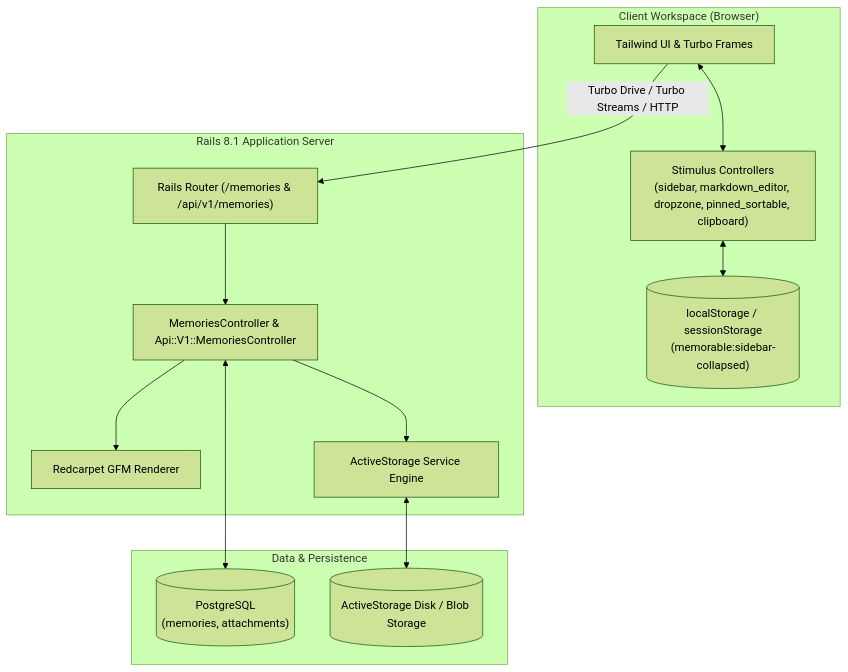
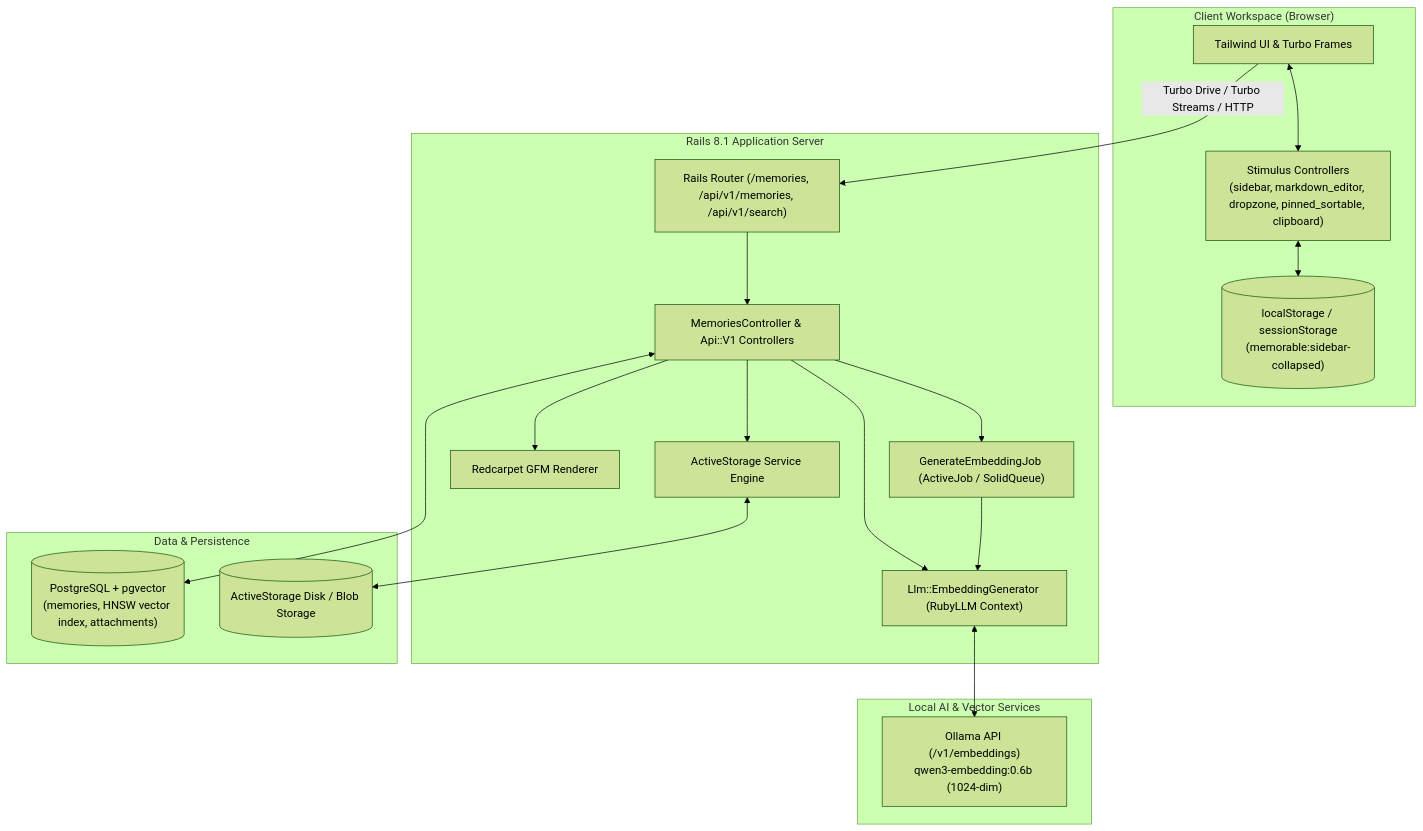
One commit to leouofa/memorable changed the diagram in README.md. Above: the diagram before and after it, drawn with Mermaid (forest theme). The commit also changed other lines of this file, not shown here.

First line of the commit message:
docs: document pgvector semantic search and embedding architecture

````diff
--- a/README.md
+++ b/README.md
@@ -85,29 +95,39 @@
 ```mermaid
 flowchart TD
     subgraph Browser["Client Workspace (Browser)"]
         UI["Tailwind UI & Turbo Frames"]
         SC["Stimulus Controllers\n(sidebar, markdown_editor, dropzone, pinned_sortable, clipboard)"]
         LS[("localStorage / sessionStorage\n(memorable:sidebar-collapsed)")]
     end
 
     subgraph RailsApp["Rails 8.1 Application Server"]
-        Router["Rails Router (/memories & /api/v1/memories)"]
-        MC["MemoriesController & Api::V1::MemoriesController"]
+        Router["Rails Router (/memories, /api/v1/memories, /api/v1/search)"]
+        MC["MemoriesController & Api::V1 Controllers"]
+        Job["GenerateEmbeddingJob (ActiveJob / SolidQueue)"]
+        EG["Llm::EmbeddingGenerator (RubyLLM Context)"]
         MD["Redcarpet GFM Renderer"]
         AS["ActiveStorage Service Engine"]
     end
 
+    subgraph ExternalServices["Local AI & Vector Services"]
+        Ollama["Ollama API (/v1/embeddings)\nqwen3-embedding:0.6b (1024-dim)"]
+    end
+
     subgraph DataStore["Data & Persistence"]
-        PG[("PostgreSQL\n(memories, attachments)")]
+        PG[("PostgreSQL + pgvector\n(memories, HNSW vector index, attachments)")]
         DiskStorage[("ActiveStorage Disk / Blob Storage")]
     end
 
     UI <--> SC
     SC <--> LS
     UI -- "Turbo Drive / Turbo Streams / HTTP" --> Router
     Router --> MC
     MC --> MD
     MC --> AS
+    MC --> EG
+    MC --> Job
+    Job --> EG
+    EG <--> Ollama
     MC <--> PG
     AS <--> DiskStorage
 ```
````
